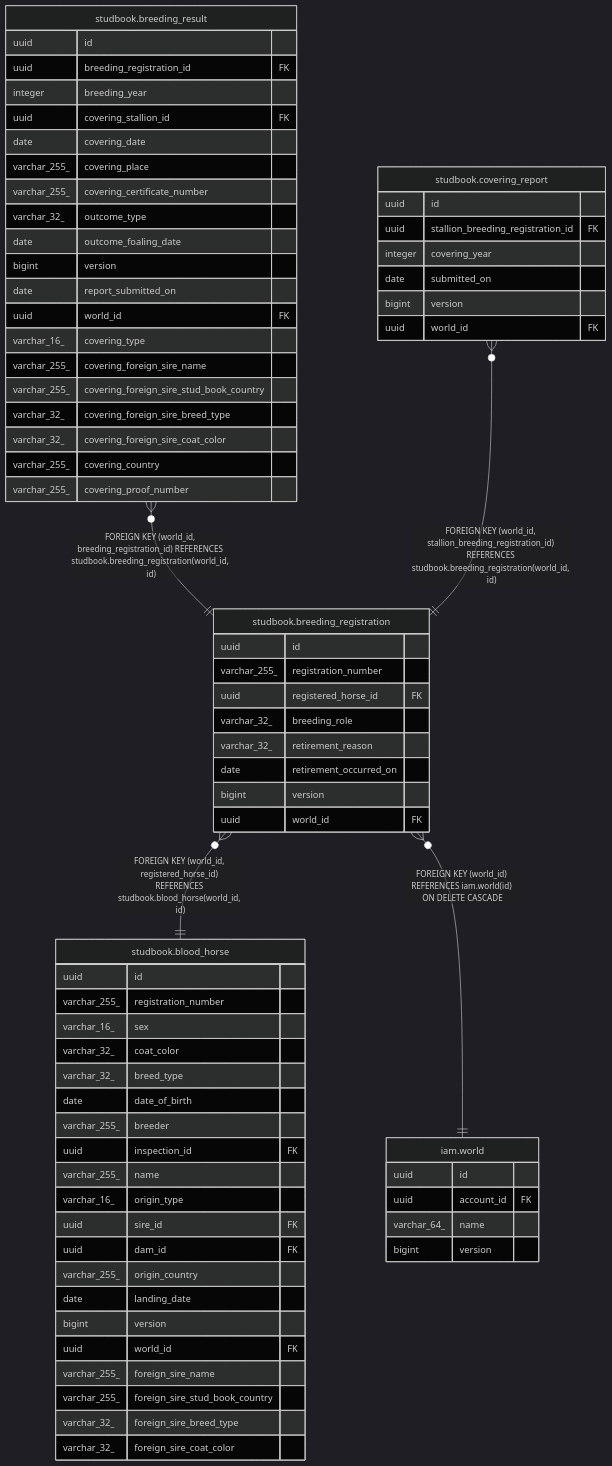
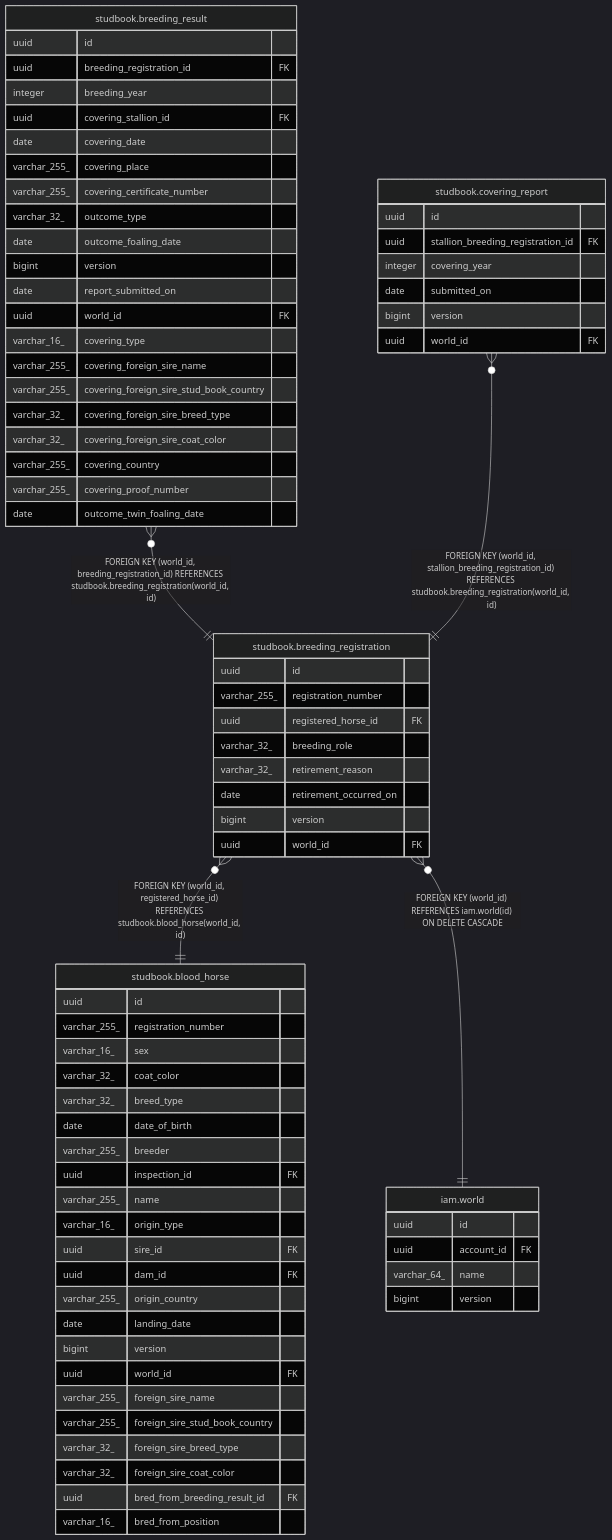
Before and after one commit to ptiringo/toy-box: the diagram in dbdoc/studbook.breeding_registration.md, drawn with Mermaid (dark theme). The commit also changed 19 other files, not shown here.

````diff
--- a/dbdoc/studbook.breeding_registration.md
+++ b/dbdoc/studbook.breeding_registration.md
@@ -48,76 +48,79 @@
 ```mermaid
 erDiagram
 
 "studbook.breeding_result" }o--|| "studbook.breeding_registration" : "FOREIGN KEY (world_id, breeding_registration_id) REFERENCES studbook.breeding_registration(world_id, id)"
 "studbook.covering_report" }o--|| "studbook.breeding_registration" : "FOREIGN KEY (world_id, stallion_breeding_registration_id) REFERENCES studbook.breeding_registration(world_id, id)"
 "studbook.breeding_registration" }o--|| "studbook.blood_horse" : "FOREIGN KEY (world_id, registered_horse_id) REFERENCES studbook.blood_horse(world_id, id)"
 "studbook.breeding_registration" }o--|| "iam.world" : "FOREIGN KEY (world_id) REFERENCES iam.world(id) ON DELETE CASCADE"
 
 "studbook.breeding_registration" {
   uuid id
   varchar_255_ registration_number
   uuid registered_horse_id FK
   varchar_32_ breeding_role
   varchar_32_ retirement_reason
   date retirement_occurred_on
   bigint version
   uuid world_id FK
 }
 "studbook.breeding_result" {
   uuid id
   uuid breeding_registration_id FK
   integer breeding_year
   uuid covering_stallion_id FK
   date covering_date
   varchar_255_ covering_place
   varchar_255_ covering_certificate_number
   varchar_32_ outcome_type
   date outcome_foaling_date
   bigint version
   date report_submitted_on
   uuid world_id FK
   varchar_16_ covering_type
   varchar_255_ covering_foreign_sire_name
   varchar_255_ covering_foreign_sire_stud_book_country
   varchar_32_ covering_foreign_sire_breed_type
   varchar_32_ covering_foreign_sire_coat_color
   varchar_255_ covering_country
   varchar_255_ covering_proof_number
+  date outcome_twin_foaling_date
 }
 "studbook.covering_report" {
   uuid id
   uuid stallion_breeding_registration_id FK
   integer covering_year
   date submitted_on
   bigint version
   uuid world_id FK
 }
 "studbook.blood_horse" {
   uuid id
   varchar_255_ registration_number
   varchar_16_ sex
   varchar_32_ coat_color
   varchar_32_ breed_type
   date date_of_birth
   varchar_255_ breeder
   uuid inspection_id FK
   varchar_255_ name
   varchar_16_ origin_type
   uuid sire_id FK
   uuid dam_id FK
   varchar_255_ origin_country
   date landing_date
   bigint version
   uuid world_id FK
   varchar_255_ foreign_sire_name
   varchar_255_ foreign_sire_stud_book_country
   varchar_32_ foreign_sire_breed_type
   varchar_32_ foreign_sire_coat_color
+  uuid bred_from_breeding_result_id FK
+  varchar_16_ bred_from_position
 }
 "iam.world" {
   uuid id
   uuid account_id FK
   varchar_64_ name
   bigint version
 }
 ```
````
